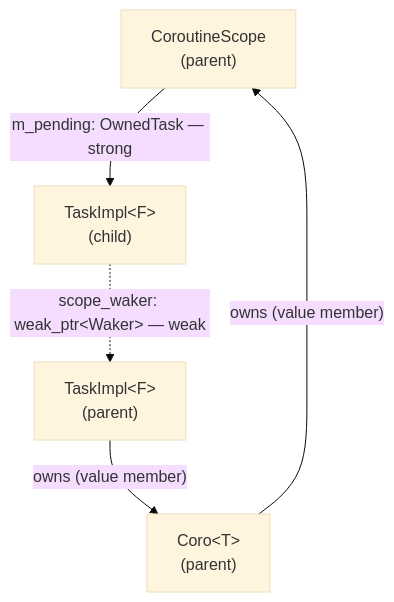
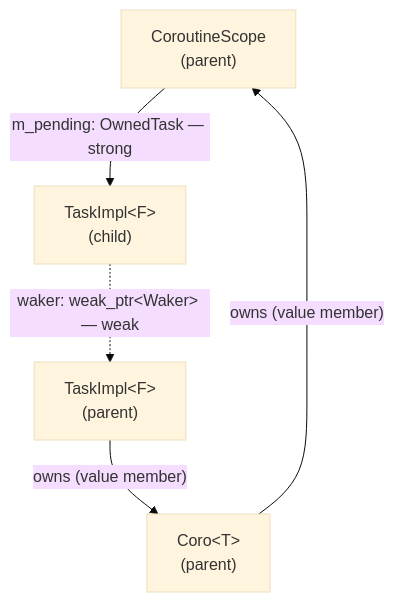
One commit to bts164/coro changed the third of 4 diagrams in doc/shared_ptr_cycles.md. Above: the diagram before and after it, drawn with Mermaid (base theme). The commit also changed other lines of this file and 20 other files, not shown here.

````diff
--- a/doc/shared_ptr_cycles.md
+++ b/doc/shared_ptr_cycles.md
@@ -168,12 +156,12 @@
 ```mermaid
 graph TD
     Scope["CoroutineScope\n(parent)"]
     Child["TaskImpl&lt;F&gt;\n(child)"]
     TP["TaskImpl&lt;F&gt;\n(parent)"]
     Coro["Coro&lt;T&gt;\n(parent)"]
 
     Scope -->|"m_pending: OwnedTask — strong"| Child
-    Child -. "scope_waker: weak_ptr&lt;Waker&gt; — weak" .-> TP
+    Child -. "waker: weak_ptr&lt;Waker&gt; — weak" .-> TP
     TP -->|"owns (value member)"| Coro
     Coro -->|"owns (value member)"| Scope
 ```
````
